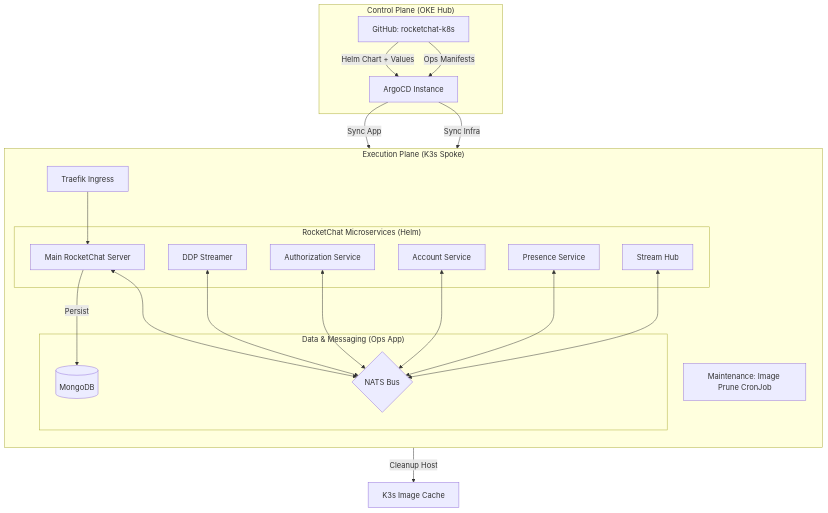
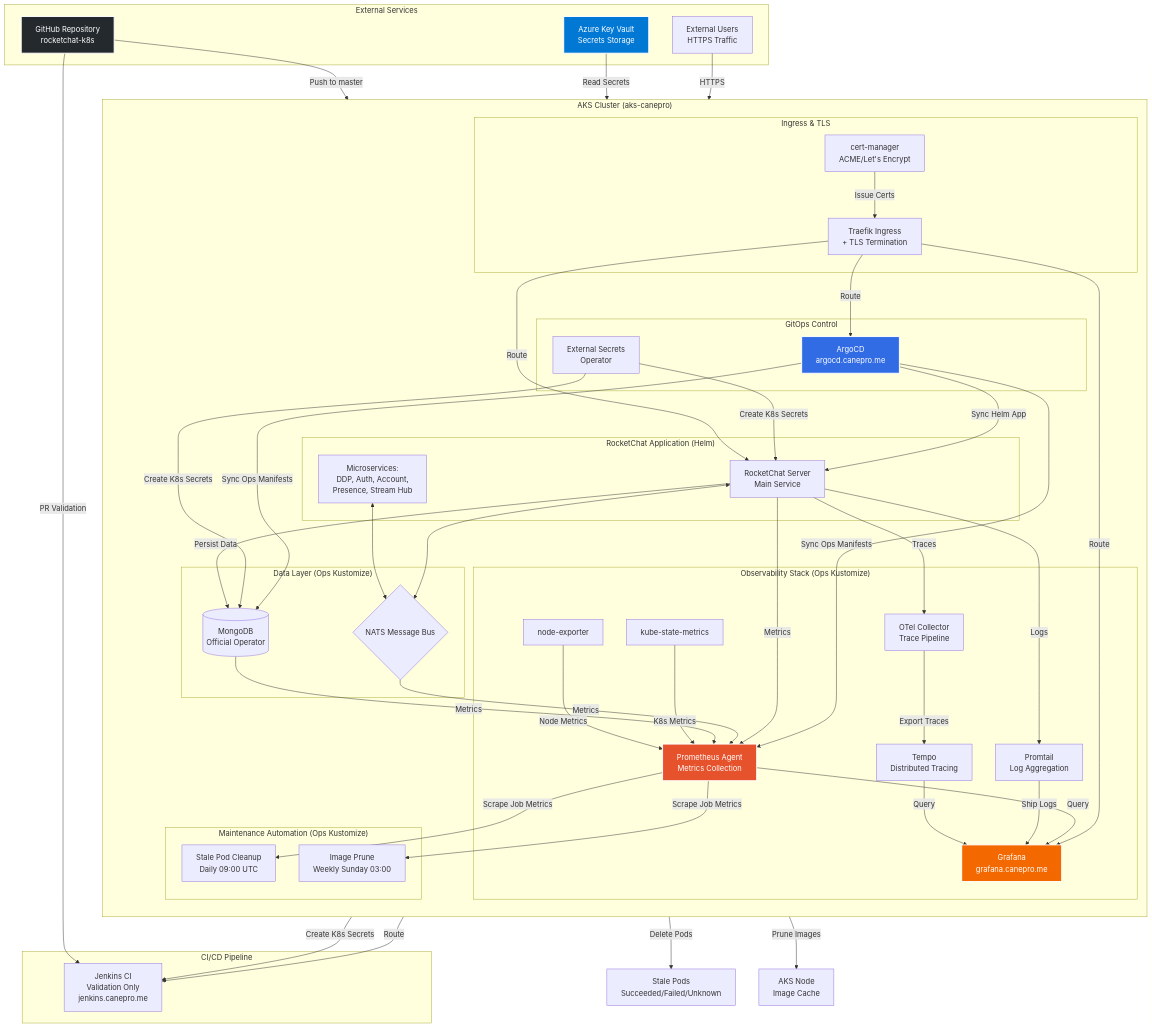
One commit to Canepro/rocketchat-k8s changed the first of 2 diagrams in DIAGRAM.md. Above: the diagram before and after it, drawn with Mermaid. The commit also changed other lines of this file, not shown here.

First line of the commit message:
docs: Update DIAGRAM.md to reflect current AKS architecture

````diff
--- a/DIAGRAM.md
+++ b/DIAGRAM.md
@@ -5,46 +7,104 @@
 ```mermaid
 graph TD
-    subgraph "Control Plane (OKE Hub)"
-        ArgoCD[ArgoCD Instance]
-        GitRepo[GitHub: rocketchat-k8s]
+    subgraph "External Services"
+        GitHub[GitHub Repository<br/>rocketchat-k8s]
+        AzureKV[Azure Key Vault<br/>Secrets Storage]
+        Users[External Users<br/>HTTPS Traffic]
     end
 
-    subgraph "Execution Plane (K3s Spoke)"
+    subgraph "CI/CD Pipeline"
+        Jenkins[Jenkins CI<br/>Validation Only<br/>jenkins.canepro.me]
+    end
+
+    subgraph "AKS Cluster (aks-canepro)"
         direction TB
-        Ingress[Traefik Ingress]
         
-        subgraph "RocketChat Microservices (Helm)"
-            Server[Main RocketChat Server]
-            DDP[DDP Streamer]
-            Auth[Authorization Service]
-            Acc[Account Service]
-            Pres[Presence Service]
-            Hub[Stream Hub]
+        subgraph "GitOps Control"
+            ArgoCD[ArgoCD<br/>argocd.canepro.me]
+            ESO[External Secrets<br/>Operator]
         end
 
-        subgraph "Data & Messaging (Ops App)"
-            Mongo[(MongoDB)]
-            NATS{NATS Bus}
+        subgraph "Ingress & TLS"
+            Traefik[Traefik Ingress<br/>+ TLS Termination]
+            CertMgr[cert-manager<br/>ACME/Let's Encrypt]
         end
 
-        Cron[Maintenance: Image Prune CronJob]
+        subgraph "RocketChat Application (Helm)"
+            RCServer[RocketChat Server<br/>Main Service]
+            RCMicro[Microservices:<br/>DDP, Auth, Account,<br/>Presence, Stream Hub]
+        end
+
+        subgraph "Data Layer (Ops Kustomize)"
+            MongoDB[(MongoDB<br/>Official Operator)]
+            NATS{NATS Message Bus}
+        end
+
+        subgraph "Observability Stack (Ops Kustomize)"
+            Prometheus[Prometheus Agent<br/>Metrics Collection]
+            Grafana[Grafana<br/>grafana.canepro.me]
+            Promtail[Promtail<br/>Log Aggregation]
+            Tempo[Tempo<br/>Distributed Tracing]
+            OTel[OTel Collector<br/>Trace Pipeline]
+            KSM[kube-state-metrics]
+            NodeExp[node-exporter]
+        end
+
+        subgraph "Maintenance Automation (Ops Kustomize)"
+            CronStale[Stale Pod Cleanup<br/>Daily 09:00 UTC]
+            CronImage[Image Prune<br/>Weekly Sunday 03:00]
+        end
     end
 
     %% GitOps Flow
-    GitRepo -- "Helm Chart + Values" --> ArgoCD
-    GitRepo -- "Ops Manifests" --> ArgoCD
-    ArgoCD -- "Sync App" --> Server
-    ArgoCD -- "Sync Infra" --> Mongo
+    GitHub -- "Push to master" --> ArgoCD
+    GitHub -- "PR Validation" --> Jenkins
+    ArgoCD -- "Sync Helm App" --> RCServer
+    ArgoCD -- "Sync Ops Manifests" --> MongoDB
+    ArgoCD -- "Sync Ops Manifests" --> Prometheus
 
-    %% Internal Data Flow
-    Ingress --> Server
-    Server <--> NATS
-    DDP <--> NATS
-    Auth <--> NATS
-    Acc <--> NATS
-    Pres <--> NATS
-    Hub <--> NATS
+    %% Secrets Management
+    AzureKV -- "Read Secrets" --> ESO
+    ESO -- "Create K8s Secrets" --> RCServer
+    ESO -- "Create K8s Secrets" --> MongoDB
+    ESO -- "Create K8s Secrets" --> Jenkins
+
+    %% Ingress & TLS
+    Users -- "HTTPS" --> Traefik
+    Traefik -- "Route" --> RCServer
+    Traefik -- "Route" --> ArgoCD
+    Traefik -- "Route" --> Grafana
+    Traefik -- "Route" --> Jenkins
+    CertMgr -- "Issue Certs" --> Traefik
+
+    %% Application Data Flow
+    RCServer <--> NATS
+    RCMicro <--> NATS
+    RCServer -- "Persist Data" --> MongoDB
+
+    %% Observability Flow
+    RCServer -- "Metrics" --> Prometheus
+    RCServer -- "Logs" --> Promtail
+    RCServer -- "Traces" --> OTel
+    NATS -- "Metrics" --> Prometheus
+    MongoDB -- "Metrics" --> Prometheus
+    KSM -- "K8s Metrics" --> Prometheus
+    NodeExp -- "Node Metrics" --> Prometheus
+    Prometheus -- "Query" --> Grafana
+    Promtail -- "Ship Logs" --> Grafana
+    OTel -- "Export Traces" --> Tempo
+    Tempo -- "Query" --> Grafana
+
+    %% Maintenance
+    CronStale -- "Delete Pods" --> AKS_Pods[Stale Pods<br/>Succeeded/Failed/Unknown]
+    CronImage -- "Prune Images" --> AKS_Nodes[AKS Node<br/>Image Cache]
     
-    Server -- "Persist" --> Mongo
-    Cron -- "Cleanup Host" --> K3s_Node[K3s Image Cache]
+    %% Monitoring Feedback
+    Prometheus -- "Scrape Job Metrics" --> CronStale
+    Prometheus -- "Scrape Job Metrics" --> CronImage
+
+    style ArgoCD fill:#326ce5,stroke:#fff,stroke-width:2px,color:#fff
+    style GitHub fill:#24292e,stroke:#fff,stroke-width:2px,color:#fff
+    style AzureKV fill:#0078d4,stroke:#fff,stroke-width:2px,color:#fff
+    style Grafana fill:#f46800,stroke:#fff,stroke-width:2px,color:#fff
+    style Prometheus fill:#e6522c,stroke:#fff,stroke-width:2px,color:#fff
 ```
````
